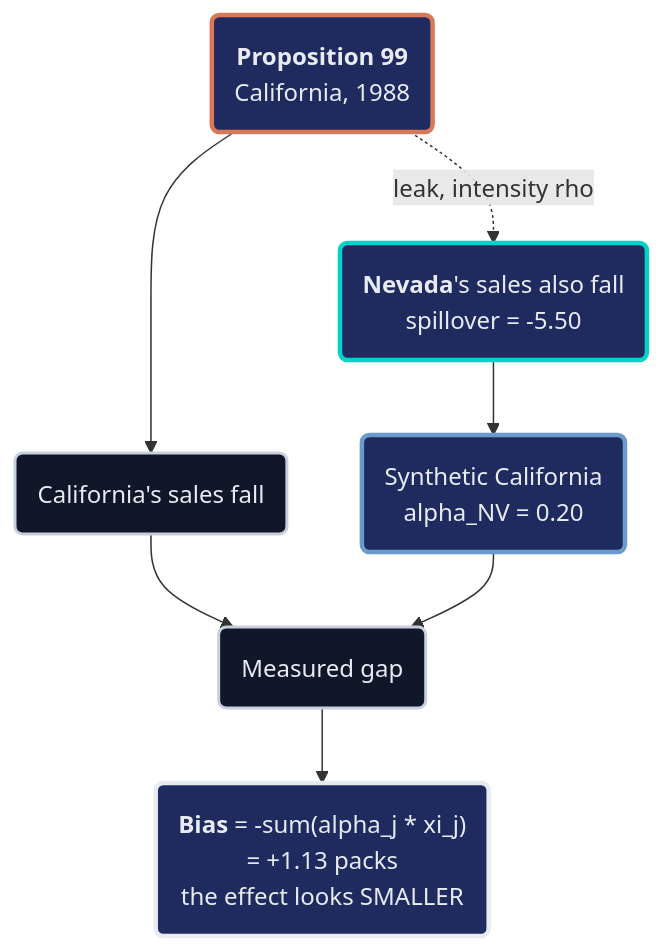
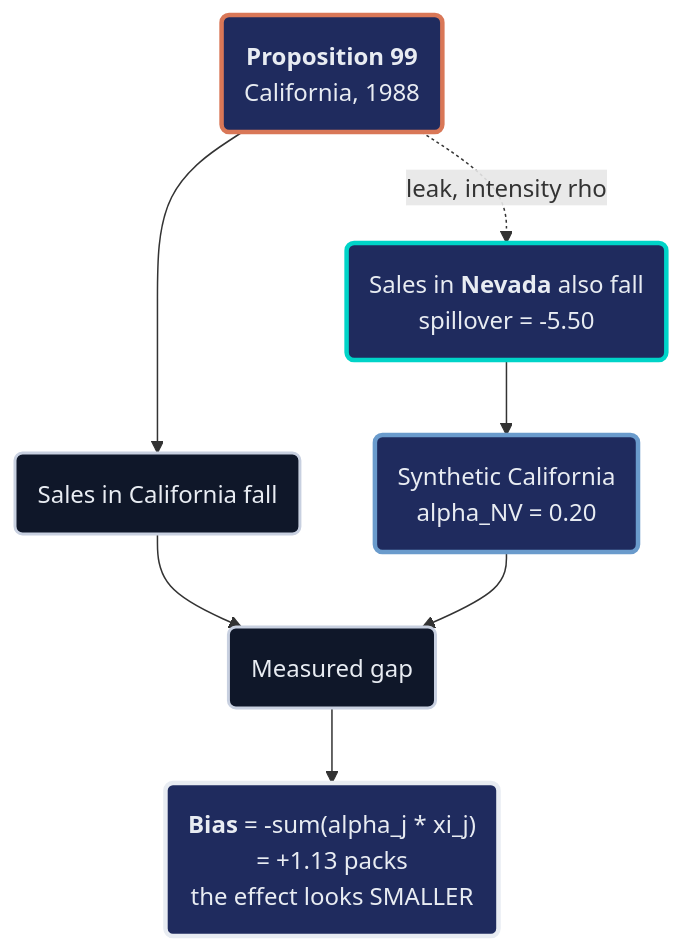
Before and after one commit to cmg777/starter-academic-v501: the second of 4 diagrams in content/tutorials/python_sc_bayes_spatial/index.md, drawn with Mermaid. The commit also changed other lines of this file and 1 other file, not shown here.

````diff
--- a/content/tutorials/python_sc_bayes_spatial/index.md
+++ b/content/tutorials/python_sc_bayes_spatial/index.md
@@ -833,19 +829,19 @@
 ```mermaid
 graph TD
-    P("<b>Proposition 99</b><br/>California, 1988") --> CA("California's sales fall")
-    P -.->|"leak, intensity rho"| NV("<b>Nevada</b>'s sales also fall<br/>spillover = -5.50")
+    P("<b>Proposition 99</b><br/>California, 1988") --> CA("Sales in California fall")
+    P -.->|"leak, intensity rho"| NV("Sales in <b>Nevada</b> also fall<br/>spillover = -5.50")
     NV --> SYN("Synthetic California<br/>alpha_NV = 0.20")
     CA --> ATT("Measured gap")
     SYN --> ATT
     ATT --> BIAS("<b>Bias</b> = -sum(alpha_j * xi_j)<br/>= +1.13 packs<br/>the effect looks SMALLER")
     classDef orange fill:#1f2b5e,stroke:#d97757,stroke-width:3px,color:#e8ecf2
     classDef anchor fill:#0f1729,stroke:#c8d0e0,stroke-width:2px,color:#e8ecf2
     classDef teal fill:#1f2b5e,stroke:#00d4c8,stroke-width:3px,color:#e8ecf2
     classDef blue fill:#1f2b5e,stroke:#6a9bcc,stroke-width:3px,color:#e8ecf2
     classDef key fill:#1f2b5e,stroke:#e8ecf2,stroke-width:3px,color:#e8ecf2
     class P orange
     class CA,ATT anchor
     class NV teal
     class SYN blue
     class BIAS key
 ```
````
